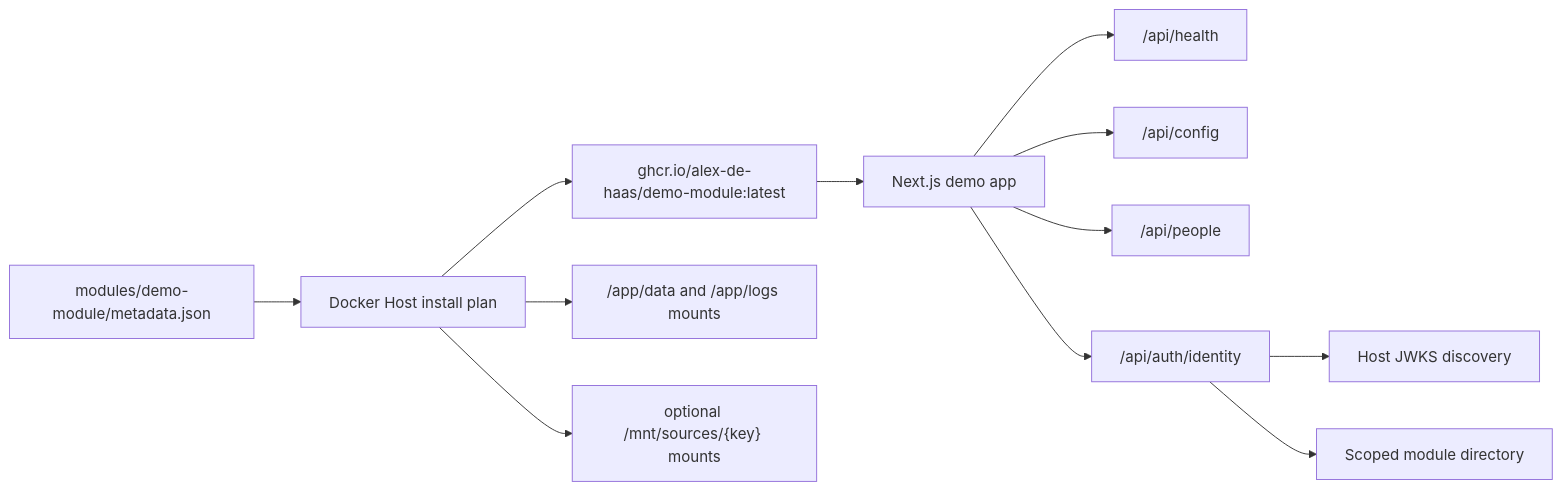
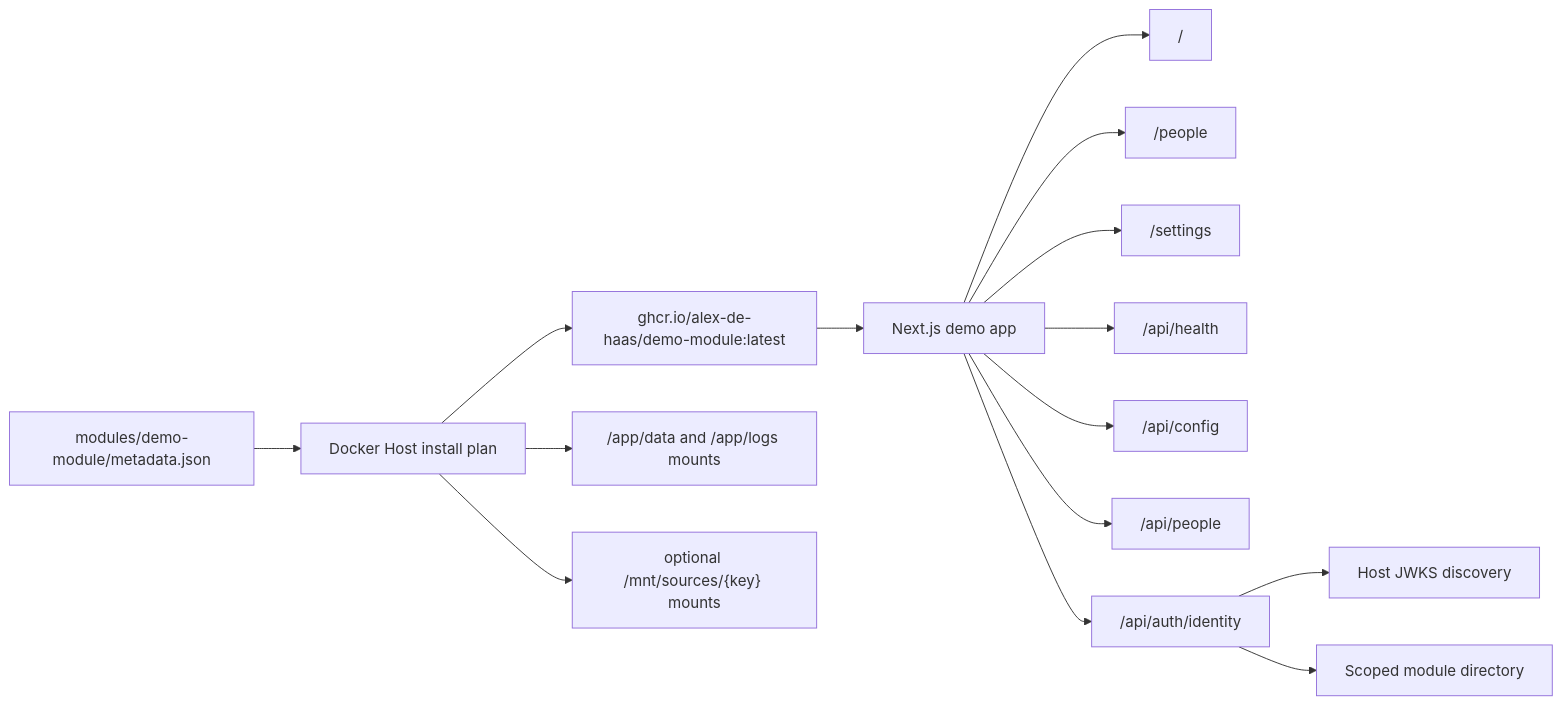
The diagram in docs/features/demo-module.md (alex-de-haas/docker-host), drawn with Mermaid before and after one commit. The commit also changed other lines of this file and 10 other files, not shown here.

````diff
--- a/docs/features/demo-module.md
+++ b/docs/features/demo-module.md
@@ -9,14 +9,17 @@
 ```mermaid
 flowchart LR
   A["modules/demo-module/metadata.json"] --> B["Docker Host install plan"]
   B --> C["ghcr.io/alex-de-haas/demo-module:latest"]
   C --> D["Next.js demo app"]
+  D --> M["/"]
+  D --> N["/people"]
+  D --> O["/settings"]
   D --> E["/api/health"]
   D --> F["/api/config"]
   D --> G["/api/people"]
   D --> J["/api/auth/identity"]
   J --> K["Host JWKS discovery"]
   J --> L["Scoped module directory"]
   B --> H["/app/data and /app/logs mounts"]
   B --> I["optional /mnt/sources/{key} mounts"]
 ```
````
